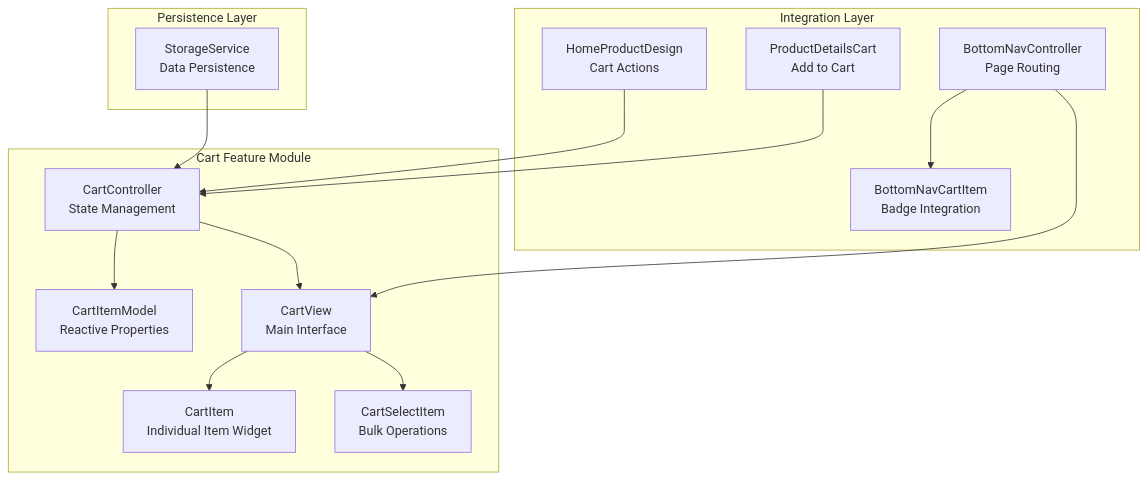
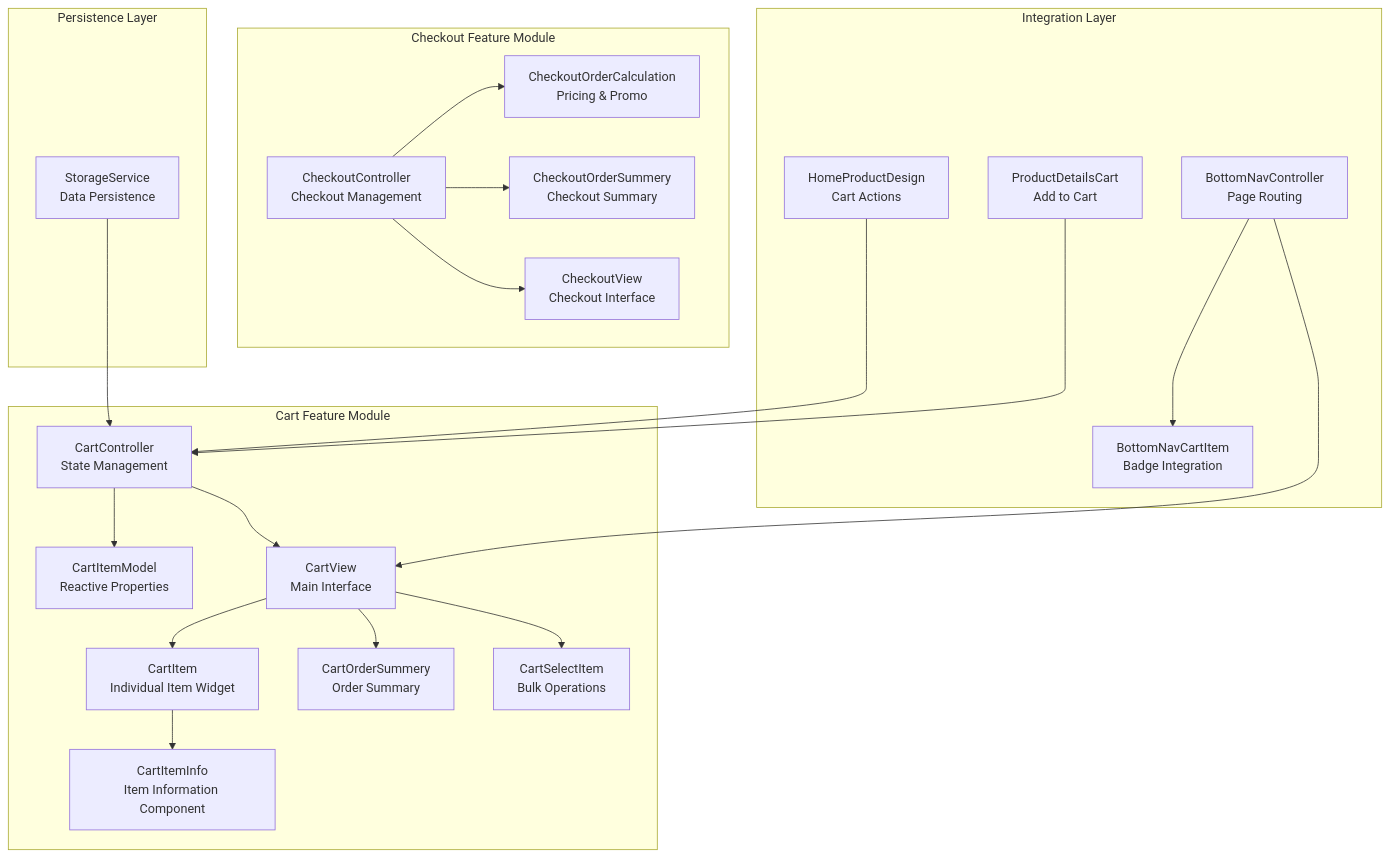
One commit to Ariful3111/FurniGo changed the first of 13 diagrams in .qoder/repowiki/en/content/Core Features/E-commerce Platform/Shopping Cart System.md. Above: the diagram before and after it, drawn with Mermaid. The commit also changed other lines of this file and 15 other files, not shown here.

````diff
--- a/.qoder/repowiki/en/content/Core Features/E-commerce Platform/Shopping Cart System.md
+++ b/.qoder/repowiki/en/content/Core Features/E-commerce Platform/Shopping Cart System.md
@@ -49,18 +59,25 @@
 ```mermaid
 graph TB
 subgraph "Cart Feature Module"
 CC["CartController<br/>State Management"] --> CIM["CartItemModel<br/>Reactive Properties"]
 CC --> CV["CartView<br/>Main Interface"]
 CV --> CI["CartItem<br/>Individual Item Widget"]
+CI --> CII["CartItemInfo<br/>Item Information Component"]
+CV --> COS["CartOrderSummery<br/>Order Summary"]
 CV --> CSI["CartSelectItem<br/>Bulk Operations"]
+end
+subgraph "Checkout Feature Module"
+CKC["CheckoutController<br/>Checkout Management"] --> COC["CheckoutOrderCalculation<br/>Pricing & Promo"]
+CKC --> COS2["CheckoutOrderSummery<br/>Checkout Summary"]
+CKC --> CV2["CheckoutView<br/>Checkout Interface"]
 end
 subgraph "Integration Layer"
 BNC["BottomNavController<br/>Page Routing"] --> CV
 BNC --> BNCI["BottomNavCartItem<br/>Badge Integration"]
 HPD["HomeProductDesign<br/>Cart Actions"] --> CC
 PDC["ProductDetailsCart<br/>Add to Cart"] --> CC
 end
 subgraph "Persistence Layer"
 SS["StorageService<br/>Data Persistence"] --> CC
 end
 ```
````
